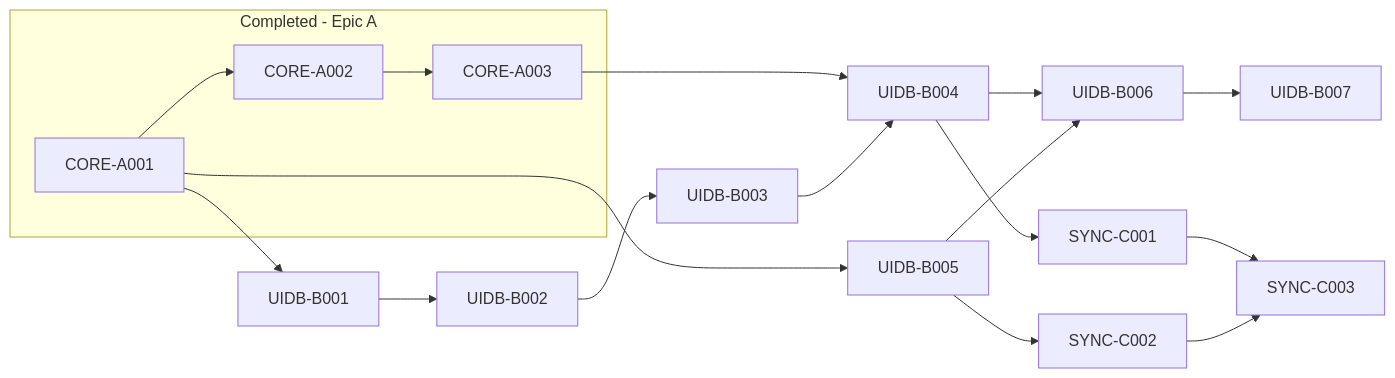
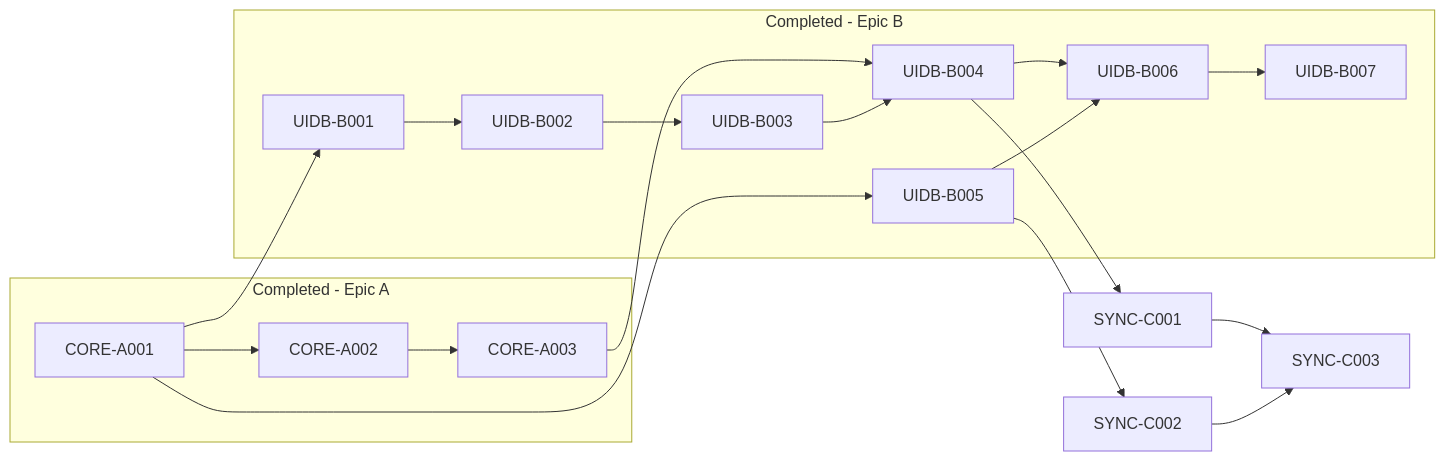
One commit to SkrOYC/burlmd changed the diagram in .constitution/tasks/critical-path.md. Above: the diagram before and after it, drawn with Mermaid. The commit also changed other lines of this file and 8 other files, not shown here.

````diff
--- a/.constitution/tasks/critical-path.md
+++ b/.constitution/tasks/critical-path.md
@@ -23,26 +16,26 @@
 ```mermaid
 flowchart LR
     subgraph Completed [Completed - Epic A]
         A001[CORE-A001] --> A002[CORE-A002]
         A002 --> A003[CORE-A003]
     end
 
-    A001 --> B001[UIDB-B001]
-    A001 --> B005[UIDB-B005]
+    subgraph CompletedB [Completed - Epic B]
+        B001[UIDB-B001] --> B002[UIDB-B002]
+        B002 --> B003[UIDB-B003]
+        A003 --> B004[UIDB-B004]
+        B003 --> B004
+        B004 --> B006[UIDB-B006]
+        B005[UIDB-B005] --> B006
+        B006 --> B007[UIDB-B007]
+    end
 
-    B001 --> B002[UIDB-B002]
-    B002 --> B003[UIDB-B003]
-
-    A003 --> B004[UIDB-B004]
-    B003 --> B004
-
-    B004 --> B006[UIDB-B006]
-    B005 --> B006
-    B006 --> B007[UIDB-B007]
+    A001 --> B001
+    A001 --> B005
 
     B004 --> C001[SYNC-C001]
     B005 --> C002[SYNC-C002]
 
     C001 --> C003[SYNC-C003]
     C002 --> C003
 ```
````
